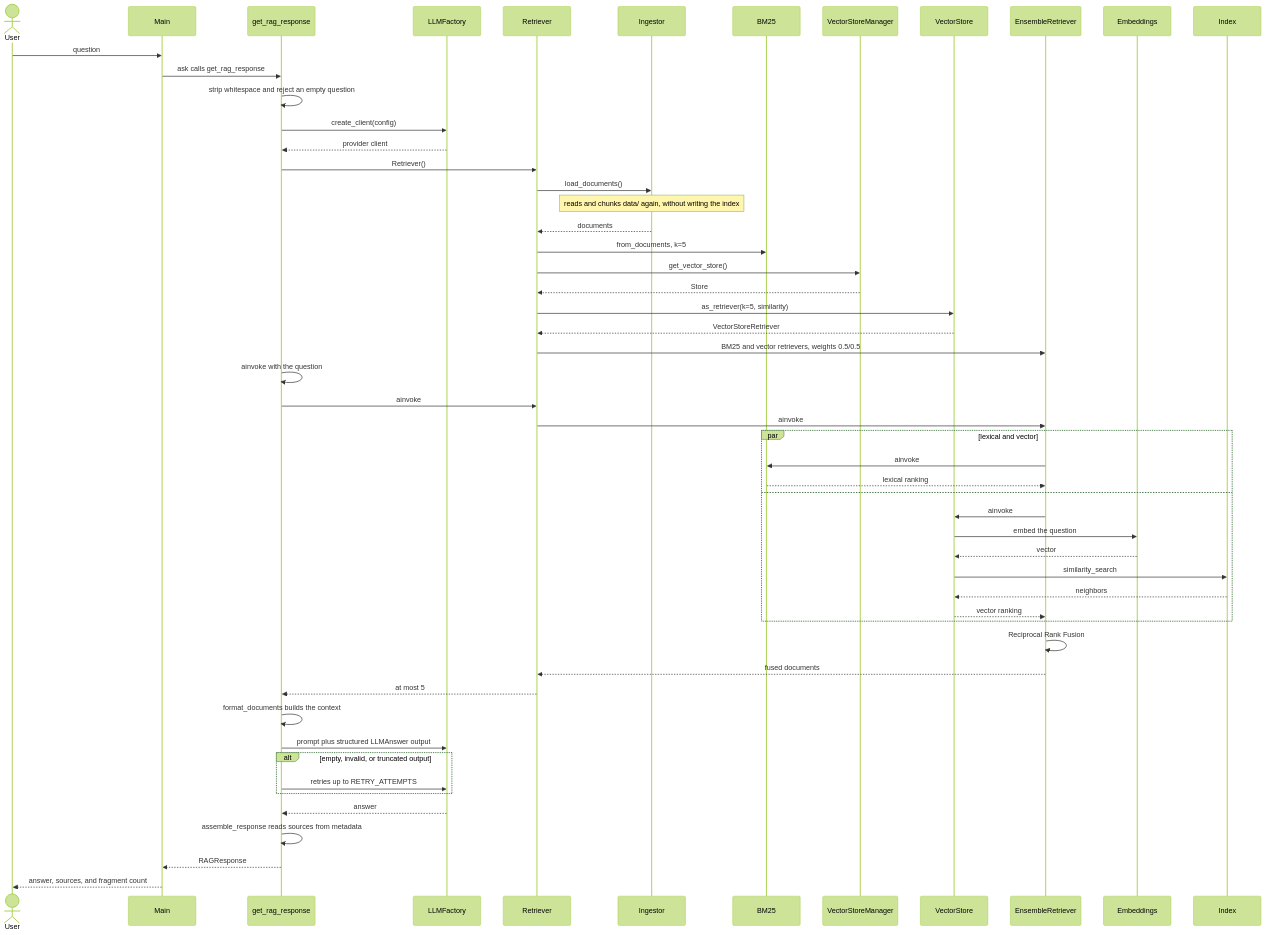
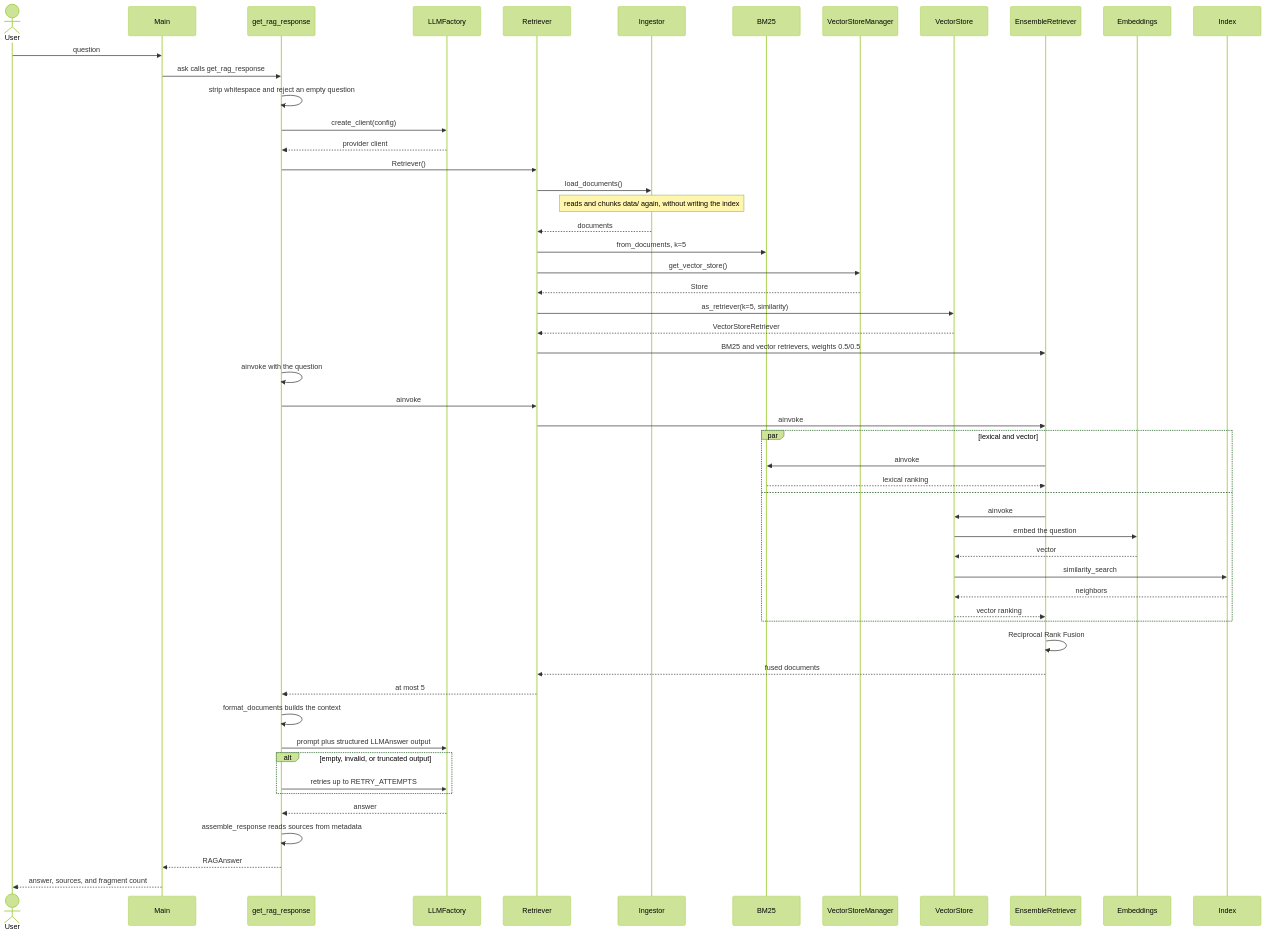
One commit to zmaximo1990/AI-Engineering-Delivery-4 changed the diagram in diagrams/ask.mermaid. Above: the diagram before and after it, drawn with Mermaid (forest theme). The commit also changed 4 other files, not shown here.

Commit message:
Rename 'RAGResponse' by 'RAGAnswer'

```diff
--- a/diagrams/ask.mermaid
+++ b/diagrams/ask.mermaid
@@ -1,60 +1,60 @@
 sequenceDiagram
     actor User
     participant Main
     participant Chain as get_rag_response
     participant LLM as LLMFactory
     participant Retriever
     participant Ingestor
     participant BM25
     participant VectorStoreManager
     participant VectorStore
     participant Ensemble as EnsembleRetriever
     participant Embeddings
     participant Index
     participant LLM
 
     User->>Main: question
     Main->>Chain: ask calls get_rag_response
     Chain->>Chain: strip whitespace and reject an empty question
     Chain->>LLM: create_client(config)
     LLM-->>Chain: provider client
     Chain->>Retriever: Retriever()
     Retriever->>Ingestor: load_documents()
     Note over Ingestor: reads and chunks data/ again, without writing the index
     Ingestor-->>Retriever: documents
     Retriever->>BM25: from_documents, k=5
     Retriever->>VectorStoreManager: get_vector_store()
     VectorStoreManager-->>Retriever: Store
     Retriever->>VectorStore: as_retriever(k=5, similarity)
     VectorStore-->>Retriever: VectorStoreRetriever
     Retriever->>Ensemble: BM25 and vector retrievers, weights 0.5/0.5
 
     Chain->>Chain: ainvoke with the question
     Chain->>Retriever: ainvoke
     Retriever->>Ensemble: ainvoke
     par lexical and vector
         Ensemble->>BM25: ainvoke
         BM25-->>Ensemble: lexical ranking
     and
         Ensemble->>VectorStore: ainvoke
         VectorStore->>Embeddings: embed the question
         Embeddings-->>VectorStore: vector
         VectorStore->>Index: similarity_search
         Index-->>VectorStore: neighbors
         VectorStore-->>Ensemble: vector ranking
     end
     Ensemble->>Ensemble: Reciprocal Rank Fusion
     Ensemble-->>Retriever: fused documents
     Retriever-->>Chain: at most 5
 
     Chain->>Chain: format_documents builds the context
     Chain->>LLM: prompt plus structured LLMAnswer output
 
     alt empty, invalid, or truncated output
         Chain->>LLM: retries up to RETRY_ATTEMPTS
     end
 
     LLM-->>Chain: answer
     Chain->>Chain: assemble_response reads sources from metadata
-    Chain-->>Main: RAGResponse
+    Chain-->>Main: RAGAnswer
     Main-->>User: answer, sources, and fragment count
```
